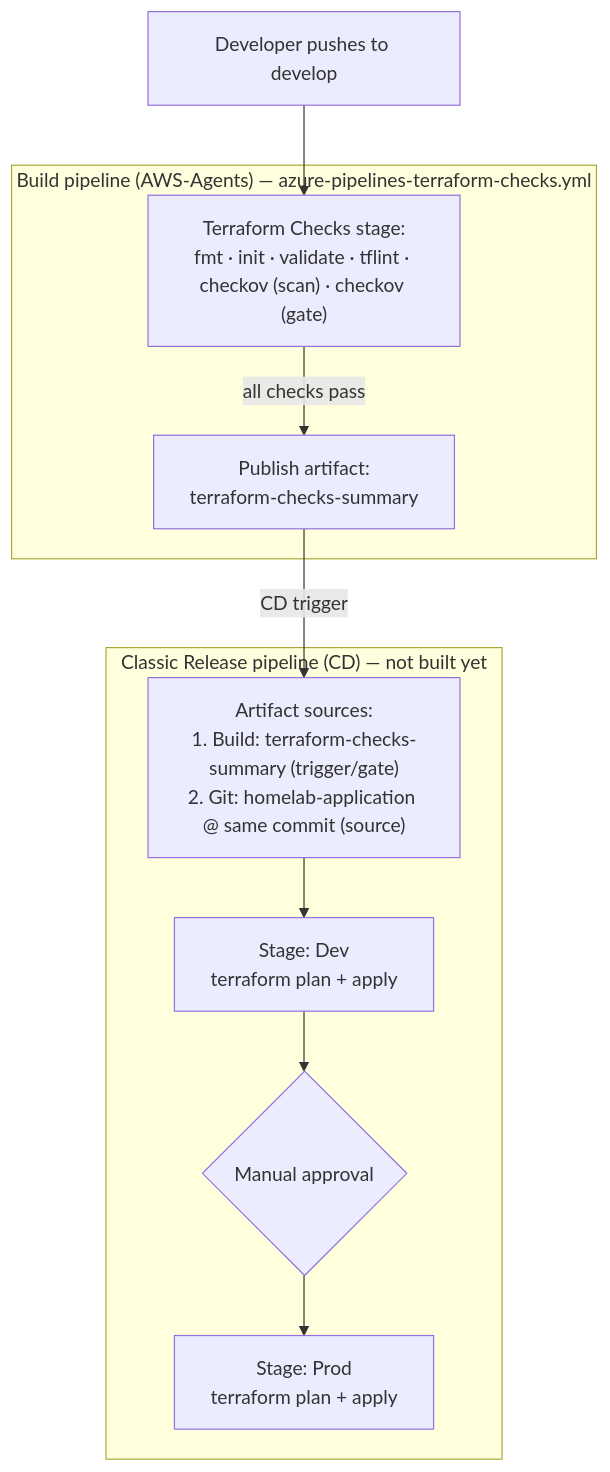
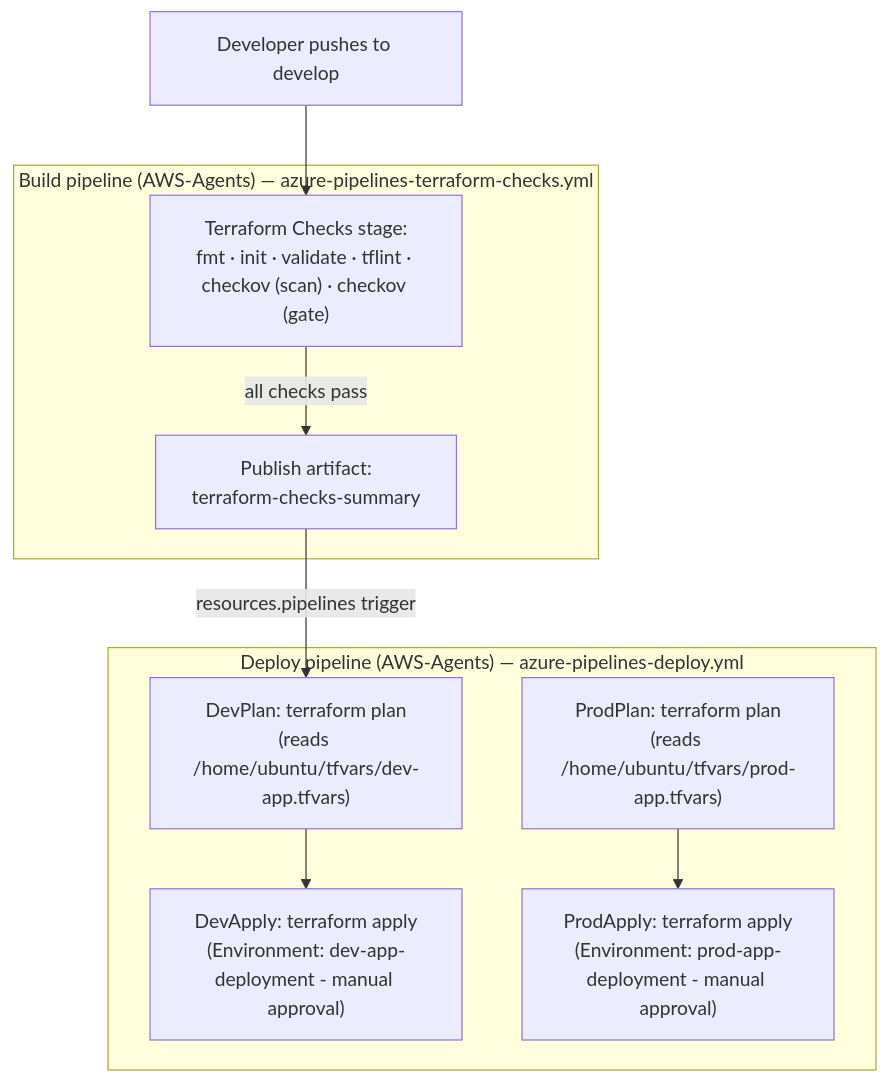
The diagram in docs/terraform-checks.md (darylfragata/homelab-application), drawn with Mermaid before and after one commit. The commit also changed other lines of this file and 7 other files, not shown here.

````diff
--- a/docs/terraform-checks.md
+++ b/docs/terraform-checks.md
@@ -174,20 +183,21 @@
 ```mermaid
 flowchart TD
     A["Developer pushes to develop"] --> B
 
     subgraph BUILD["Build pipeline (AWS-Agents) — azure-pipelines-terraform-checks.yml"]
         B["Terraform Checks stage:<br/>fmt · init · validate · tflint · checkov (scan) · checkov (gate)"]
         C["Publish artifact:<br/>terraform-checks-summary"]
         B -->|all checks pass| C
     end
 
-    C -->|CD trigger| D
+    C -->|resources.pipelines trigger| D
 
-    subgraph RELEASE["Classic Release pipeline (CD) — not built yet"]
-        D["Artifact sources:<br/>1. Build: terraform-checks-summary (trigger/gate)<br/>2. Git: homelab-application @ same commit (source)"]
-        E["Stage: Dev<br/>terraform plan + apply"]
-        F{"Manual approval"}
-        G["Stage: Prod<br/>terraform plan + apply"]
-        D --> E --> F --> G
+    subgraph DEPLOY["Deploy pipeline (AWS-Agents) — azure-pipelines-deploy.yml"]
+        D["DevPlan: terraform plan<br/>(reads /home/ubuntu/tfvars/dev-app.tfvars)"]
+        E["DevApply: terraform apply<br/>(Environment: dev-app-deployment - manual approval)"]
+        F["ProdPlan: terraform plan<br/>(reads /home/ubuntu/tfvars/prod-app.tfvars)"]
+        G["ProdApply: terraform apply<br/>(Environment: prod-app-deployment - manual approval)"]
+        D --> E
+        F --> G
     end
 ```
````
